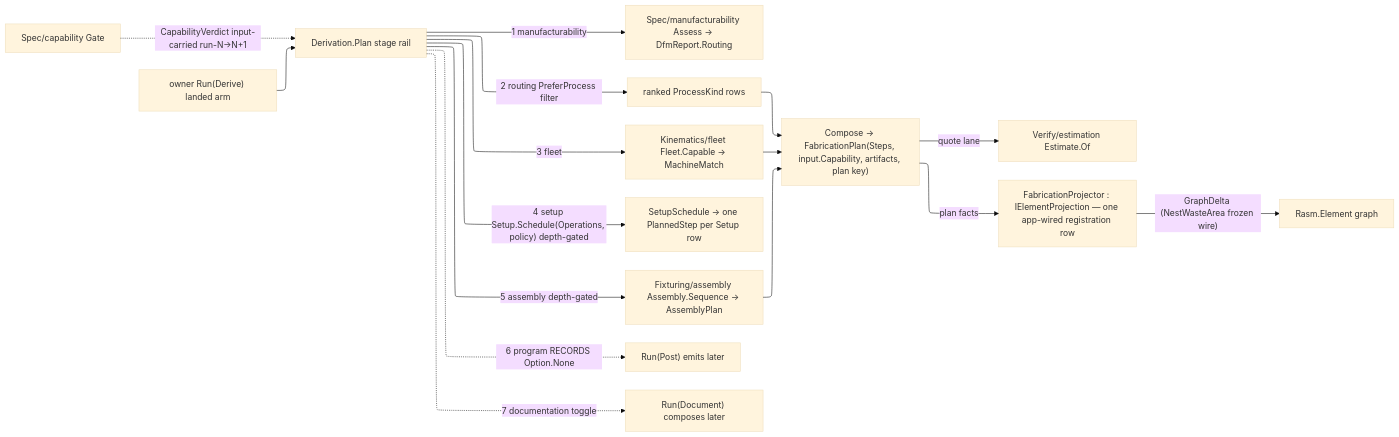
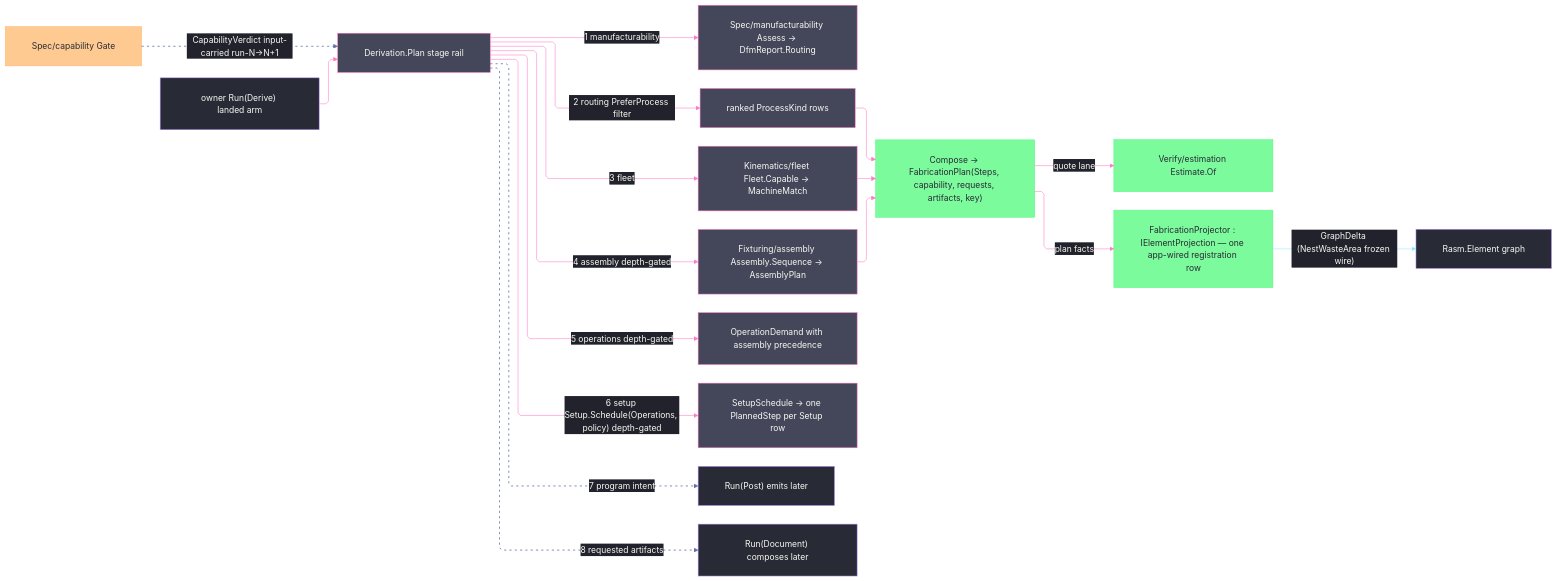
Before and after one commit to bsamiee/Rasm: the diagram in libs/csharp/Rasm.Fabrication/.planning/Process/derivation.md, drawn with Mermaid. The commit also changed other lines of this file and 128 other files, not shown here.

First line of the commit message:
snapshot: Fabrication rebuild-run corpus landed + fleet one-fable-seat collapse + pr-loop universal rebuild, mid clean-refactor

````diff
--- a/libs/csharp/Rasm.Fabrication/.planning/Process/derivation.md
+++ b/libs/csharp/Rasm.Fabrication/.planning/Process/derivation.md
@@ -197,23 +545,54 @@
 ```mermaid
 ---
 config:
+  theme: base
+  look: classic
   layout: elk
-  theme: base
+  flowchart:
+    curve: linear
+    padding: 25
+  themeVariables:
+    darkMode: true
+    fontFamily: "SF Mono, Menlo, Cascadia Mono, Segoe UI Mono, Consolas, monospace"
+    useGradient: false
+    dropShadow: "none"
+    background: "#282A36"
+    primaryColor: "#44475A"
+    primaryTextColor: "#F8F8F2"
+    primaryBorderColor: "#BD93F9"
+    lineColor: "#FF79C6"
+    textColor: "#F8F8F2"
+    edgeLabelBackground: "#21222C"
+    labelBackgroundColor: "#21222C"
+  themeCSS: ".nodeLabel{font-size:13px;font-weight:500}.edgeLabel{font-size:12px;font-weight:500}.cluster-label .nodeLabel{font-size:13.5px;font-weight:700;letter-spacing:.08em}.edge-thickness-normal{stroke-width:2px}.edge-thickness-thick{stroke-width:3px}.edge-pattern-dashed,.edge-pattern-dotted{stroke-width:1.5px;stroke-dasharray:4 6}.node rect,.node circle,.node polygon,.node path,.node .outer-path{stroke-width:1.5px;filter:none!important}.cluster rect{stroke-width:1px!important;stroke-dasharray:5 4!important;filter:none!important}.marker path{transform:scale(.8);transform-origin:5px 5px}.marker circle{transform:scale(.48);transform-origin:5px 5px}.edgeLabel rect{transform-box:fill-box;transform-origin:center;transform:scale(1.1,1.2)}"
 ---
 flowchart LR
+    accTitle: Fabrication derivation rail
+    accDescr: A derive request advances through manufacturability, routing, fleet matching, assembly precedence, operation demand, and setup scheduling before one canonical plan feeds estimation and element projection.
     Derive["owner Run(Derive) landed arm"] --> Plan["Derivation.Plan stage rail"]
     Plan -->|1 manufacturability| Dfm["Spec/manufacturability Assess → DfmReport.Routing"]
     Plan -->|2 routing PreferProcess filter| Routed["ranked ProcessKind rows"]
     Plan -->|3 fleet| Matches["Kinematics/fleet Fleet.Capable → MachineMatch"]
-    Plan -->|"4 setup Setup.Schedule(Operations, policy) depth-gated"| Setup["SetupSchedule → one PlannedStep per Setup row"]
-    Plan -->|5 assembly depth-gated| Joins["Fixturing/assembly Assembly.Sequence → AssemblyPlan"]
-    Plan -.->|6 program RECORDS Option.None| Post["Run(Post) emits later"]
-    Plan -.->|7 documentation toggle| Doc["Run(Document) composes later"]
-    Routed --> Compose["Compose → FabricationPlan(Steps, input.Capability, artifacts, plan key)"]
+    Plan -->|4 assembly depth-gated| Joins["Fixturing/assembly Assembly.Sequence → AssemblyPlan"]
+    Plan -->|5 operations depth-gated| Operations["OperationDemand with assembly precedence"]
+    Plan -->|"6 setup Setup.Schedule(Operations, policy) depth-gated"| Setup["SetupSchedule → one PlannedStep per Setup row"]
+    Plan -.->|7 program intent| Post["Run(Post) emits later"]
+    Plan -.->|8 requested artifacts| Doc["Run(Document) composes later"]
+    Routed --> Compose["Compose → FabricationPlan(Steps, capability, requests, artifacts, key)"]
     Matches --> Compose
     Joins --> Compose
     Compose -->|quote lane| Estimate["Verify/estimation Estimate.Of"]
     Compose -->|plan facts| Projector["FabricationProjector : IElementProjection — one app-wired registration row"]
     Projector -->|"GraphDelta (NestWasteArea frozen wire)"| Graph["Rasm.Element graph"]
     Capability["Spec/capability Gate"] -.->|CapabilityVerdict input-carried run-N→N+1| Plan
+    linkStyle 7,8,15 stroke:#6272A4,color:#F8F8F2,stroke-width:1.5px,stroke-dasharray:4 6
+    linkStyle 14 stroke:#8BE9FD,color:#F8F8F2
+    classDef primary fill:#44475A,stroke:#FF79C6,color:#F8F8F2
+    classDef success fill:#50FA7BBF,stroke:#50FA7B,color:#282A36
+    classDef data fill:#FFB86CBF,stroke:#FFB86C,color:#282A36
+    classDef boundary fill:#282A36,stroke:#BD93F9,color:#F8F8F2
+    class Plan,Dfm,Routed,Matches,Joins,Operations,Setup primary
+    class Compose,Estimate,Projector success
+    class Capability data
+    class Derive,Post,Doc,Graph boundary
 ```
````
